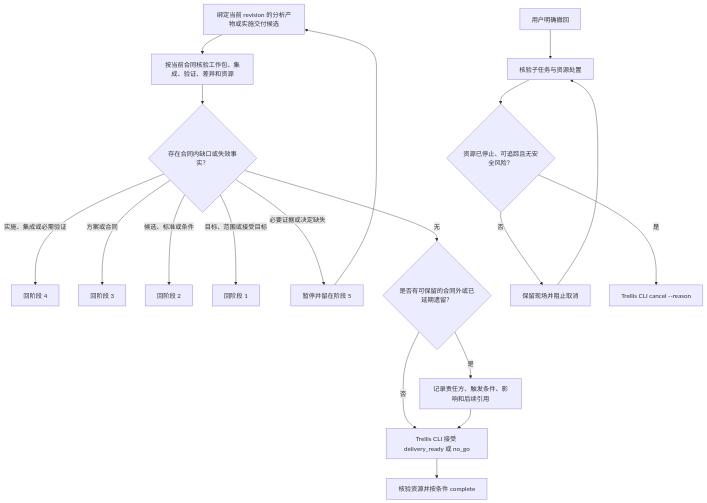
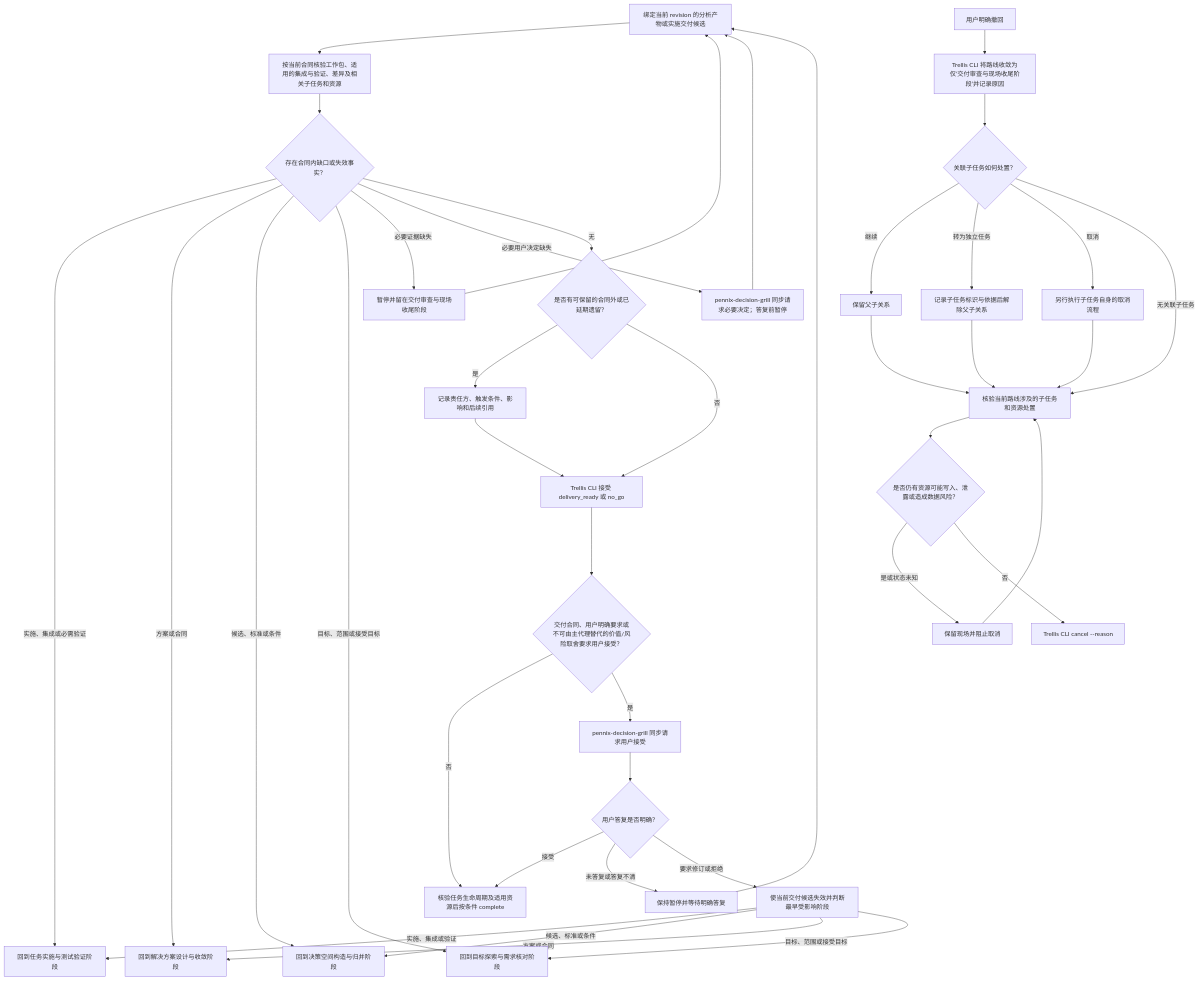
One commit to PennixRv/Trellis changed the diagram in packages/cli/src/templates/common/bundled-skills/trellis-delivery-review-and-closeout/workflow.md. Above: the diagram before and after it, drawn with Mermaid. The commit also changed other lines of this file and 74 other files, not shown here.

````diff
--- a/packages/cli/src/templates/common/bundled-skills/trellis-delivery-review-and-closeout/workflow.md
+++ b/packages/cli/src/templates/common/bundled-skills/trellis-delivery-review-and-closeout/workflow.md
@@ -9,21 +9,43 @@
 ```mermaid
 flowchart TD
-  candidate["绑定当前 revision 的分析产物或实施交付候选"] --> review["按当前合同核验工作包、集成、验证、差异和资源"]
+  candidate["绑定当前 revision 的分析产物或实施交付候选"] --> review["按当前合同核验工作包、适用的集成与验证、差异及相关子任务和资源"]
   review --> gaps{"存在合同内缺口或失效事实？"}
-  gaps -->|"实施、集成或必需验证"| phase4["回阶段 4"]
-  gaps -->|"方案或合同"| phase3["回阶段 3"]
-  gaps -->|"候选、标准或条件"| phase2["回阶段 2"]
-  gaps -->|"目标、范围或接受目标"| phase1["回阶段 1"]
-  gaps -->|"必要证据或决定缺失"| wait["暂停并留在阶段 5"]
+  gaps -->|"实施、集成或必需验证"| task_implementation["回到任务实施与测试验证阶段"]
+  gaps -->|"方案或合同"| solution_design_and_convergence["回到解决方案设计与收敛阶段"]
+  gaps -->|"候选、标准或条件"| decision_space_construction_and_merging["回到决策空间构造与归并阶段"]
+  gaps -->|"目标、范围或接受目标"| goal_exploration_and_requirements["回到目标探索与需求核对阶段"]
+  gaps -->|"必要证据缺失"| wait["暂停并留在交付审查与现场收尾阶段"]
+  gaps -->|"必要用户决定缺失"| decision_grill["pennix-decision-grill 同步请求必要决定；答复前暂停"]
+  decision_grill --> candidate
   wait --> candidate
   gaps -->|"无"| residual{"是否有可保留的合同外或已延期遗留？"}
   residual -->|"是"| record["记录责任方、触发条件、影响和后续引用"]
   residual -->|"否"| accept["Trellis CLI 接受 delivery_ready 或 no_go"]
   record --> accept
-  accept --> ready["核验资源并按条件 complete"]
-  withdraw["用户明确撤回"] --> cancelReview["核验子任务与资源处置"]
-  cancelReview --> safe{"资源已停止、可追踪且无安全风险？"}
-  safe -->|"否"| preserve["保留现场并阻止取消"]
+  accept --> user_gate{"交付合同、用户明确要求或不可由主代理替代的价值/风险取舍要求用户接受？"}
+  user_gate -->|"否"| ready["核验任务生命周期及适用资源后按条件 complete"]
+  user_gate -->|"是"| ask_accept["pennix-decision-grill 同步请求用户接受"]
+  ask_accept --> answer{"用户答复是否明确？"}
+  answer -->|"接受"| ready
+  answer -->|"未答复或答复不清"| user_wait["保持暂停并等待明确答复"]
+  user_wait --> candidate
+  answer -->|"要求修订或拒绝"| invalidate["使当前交付候选失效并判断最早受影响阶段"]
+  invalidate -->|"实施、集成或验证"| task_implementation
+  invalidate -->|"候选、标准或条件"| decision_space_construction_and_merging
+  invalidate -->|"方案或合同"| solution_design_and_convergence
+  invalidate -->|"目标、范围或接受目标"| goal_exploration_and_requirements
+  withdraw["用户明确撤回"] --> cancel_route["Trellis CLI 将路线收敛为仅‘交付审查与现场收尾阶段’并记录原因"]
+  cancel_route --> child_disposition{"关联子任务如何处置？"}
+  child_disposition -->|"继续"| child_continue["保留父子关系"]
+  child_disposition -->|"转为独立任务"| child_independent["记录子任务标识与依据后解除父子关系"]
+  child_disposition -->|"取消"| child_cancel["另行执行子任务自身的取消流程"]
+  child_disposition -->|"无关联子任务"| cancelReview
+  child_continue --> cancelReview
+  child_independent --> cancelReview
+  child_cancel --> cancelReview
+  cancelReview["核验当前路线涉及的子任务和资源处置"]
+  cancelReview --> safe{"是否仍有资源可能写入、泄露或造成数据风险？"}
+  safe -->|"是或状态未知"| preserve["保留现场并阻止取消"]
   preserve --> cancelReview
-  safe -->|"是"| cancel["Trellis CLI cancel --reason"]
+  safe -->|"否"| cancel["Trellis CLI cancel --reason"]
 ```
````
